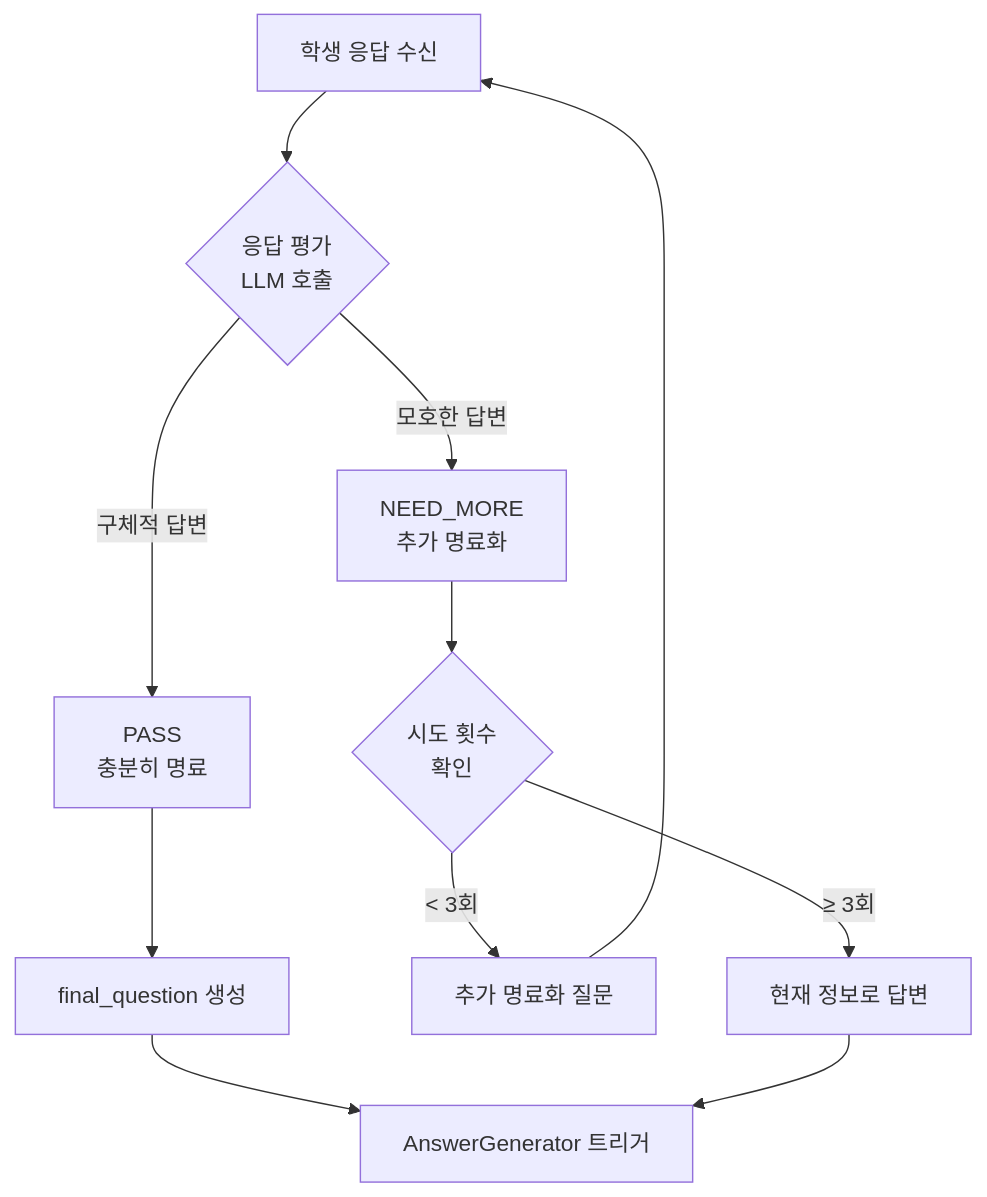
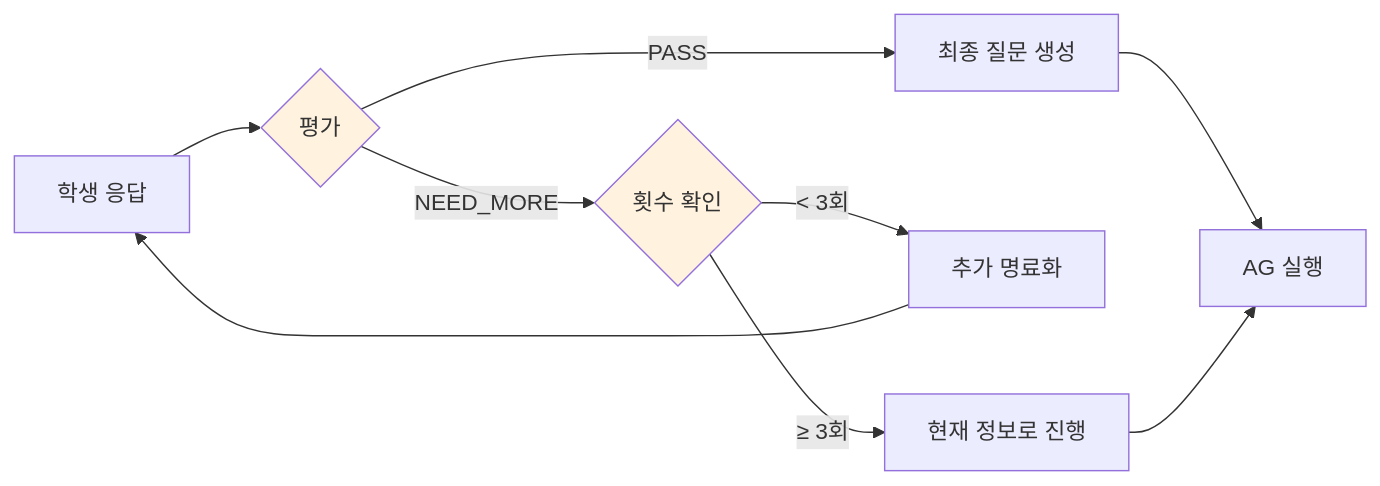
Diagram 11 of 16 in docs/chapters/04-system-implementation.md (KimKyuBong/maice-paper-deploy), drawn with Mermaid before and after one commit. The commit also changed other lines of this file and 79 other files, not shown here.

````diff
--- a/docs/chapters/04-system-implementation.md
+++ b/docs/chapters/04-system-implementation.md
@@ -529,16 +531,17 @@
 ```mermaid
-flowchart TD
-    A[학생 응답 수신] --> B{응답 평가<br/>LLM 호출}
-    B -->|구체적 답변| C[PASS<br/>충분히 명료]
-    B -->|모호한 답변| D[NEED_MORE<br/>추가 명료화]
+flowchart LR
+    A[학생 응답] --> B{평가}
     
-    C --> E[final_question 생성]
-    E --> F[AnswerGenerator 트리거]
+    B -->|PASS| C[최종 질문 생성]
+    C --> D[AG 실행]
     
-    D --> G{시도 횟수<br/>확인}
-    G -->|< 3회| H[추가 명료화 질문]
-    G -->|≥ 3회| I[현재 정보로 답변]
+    B -->|NEED_MORE| E{횟수 확인}
+    E -->|"< 3회"| F[추가 명료화]
+    E -->|"≥ 3회"| G[현재 정보로 진행]
     
-    H --> A
-    I --> F
+    F --> A
+    G --> D
+    
+    style B fill:#FFF3E0
+    style E fill:#FFF3E0
 ```
````
